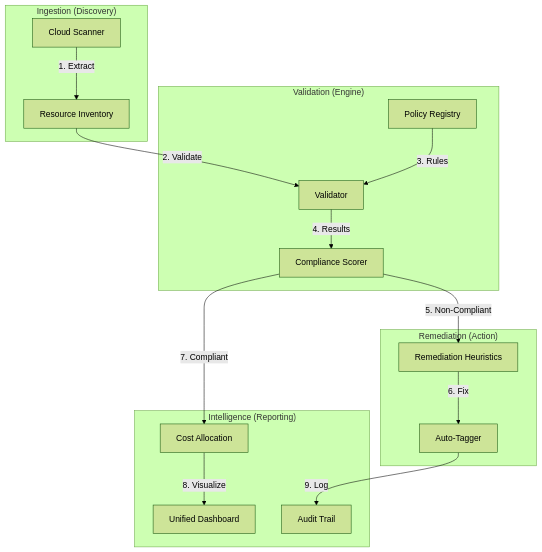
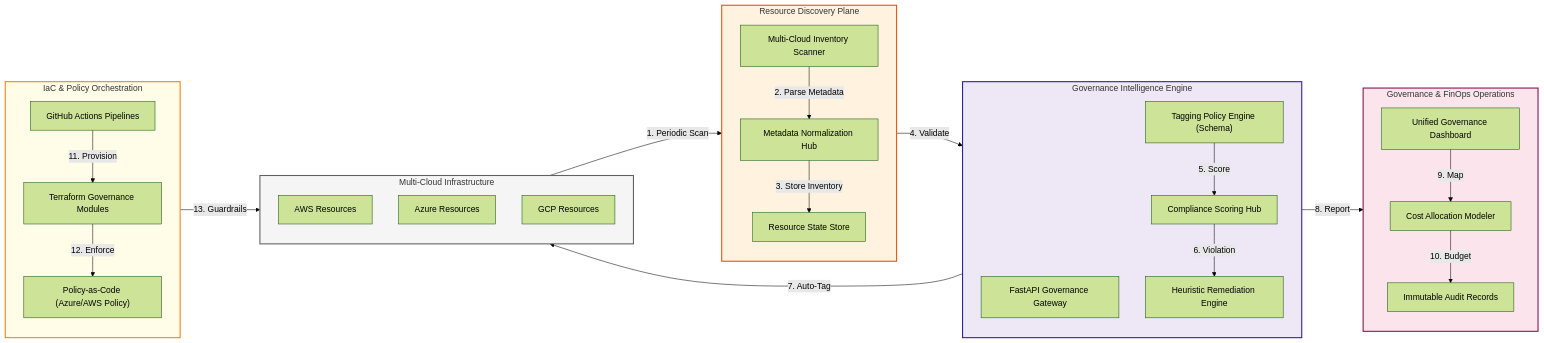
The first of 10 diagrams in README.md (Devopstrio/tagging-governance-toolkit), drawn with Mermaid (forest theme) before and after one commit. The commit also changed other lines of this file, not shown here.

Commit message:
docs: implement 10+ professional architecture diagrams for tagging governance

````diff
--- a/README.md
+++ b/README.md
@@ -45,34 +35,70 @@
 ```mermaid
-graph TD
-    subgraph "Ingestion (Discovery)"
-        Scan[Cloud Scanner]
-        Inv[Resource Inventory]
+graph LR
+    %% Subgraph Definitions
+    subgraph MultiCloud["Multi-Cloud Infrastructure"]
+        direction TB
+        AWS["AWS Resources"]
+        Azure["Azure Resources"]
+        GCP["GCP Resources"]
     end
 
-    subgraph "Validation (Engine)"
-        Policy[Policy Registry]
-        Eval[Validator]
-        Score[Compliance Scorer]
+    subgraph Discovery["Resource Discovery Plane"]
+        direction TB
+        Scanner["Multi-Cloud Inventory Scanner"]
+        Parser["Metadata Normalization Hub"]
+        Inventory["Resource State Store"]
     end
 
-    subgraph "Remediation (Action)"
-        Heur[Remediation Heuristics]
-        Apply[Auto-Tagger]
+    subgraph Intelligence["Governance Intelligence Engine"]
+        direction TB
+        API["FastAPI Governance Gateway"]
+        Policy["Tagging Policy Engine (Schema)"]
+        Remediation["Heuristic Remediation Engine"]
+        Compliance["Compliance Scoring Hub"]
     end
 
-    subgraph "Intelligence (Reporting)"
-        Cost[Cost Allocation]
-        Dash[Unified Dashboard]
-        Audit[Audit Trail]
+    subgraph Ops["Governance & FinOps Operations"]
+        direction TB
+        Dash["Unified Governance Dashboard"]
+        Cost["Cost Allocation Modeler"]
+        Audit["Immutable Audit Records"]
     end
 
-    Scan -->|1. Extract| Inv
-    Inv -->|2. Validate| Eval
-    Policy -->|3. Rules| Eval
-    Eval -->|4. Results| Score
-    Score -->|5. Non-Compliant| Heur
-    Heur -->|6. Fix| Apply
-    Score -->|7. Compliant| Cost
-    Cost -->|8. Visualize| Dash
-    Apply -->|9. Log| Audit
+    subgraph DevOps["IaC & Policy Orchestration"]
+        direction TB
+        GH["GitHub Actions Pipelines"]
+        TF["Terraform Governance Modules"]
+        PolicyCode["Policy-as-Code (Azure/AWS Policy)"]
+    end
+
+    %% Flow Arrows
+    MultiCloud -->|1. Periodic Scan| Scanner
+    Scanner -->|2. Parse Metadata| Parser
+    Parser -->|3. Store Inventory| Inventory
+    
+    Inventory -->|4. Validate| Policy
+    Policy -->|5. Score| Compliance
+    Compliance -->|6. Violation| Remediation
+    Remediation -->|7. Auto-Tag| MultiCloud
+    
+    Compliance -->|8. Report| Dash
+    Dash -->|9. Map| Cost
+    Cost -->|10. Budget| Audit
+    
+    GH -->|11. Provision| TF
+    TF -->|12. Enforce| PolicyCode
+    PolicyCode -->|13. Guardrails| MultiCloud
+
+    %% Styling
+    classDef cloud fill:#f5f5f5,stroke:#616161,stroke-width:2px;
+    classDef disc fill:#fff3e0,stroke:#e65100,stroke-width:2px;
+    classDef intel fill:#ede7f6,stroke:#311b92,stroke-width:2px;
+    classDef ops fill:#fce4ec,stroke:#880e4f,stroke-width:2px;
+    classDef devops fill:#fffde7,stroke:#f57f17,stroke-width:2px;
+
+    class MultiCloud cloud;
+    class Discovery disc;
+    class Intelligence intel;
+    class Ops ops;
+    class DevOps devops;
 ```
````
